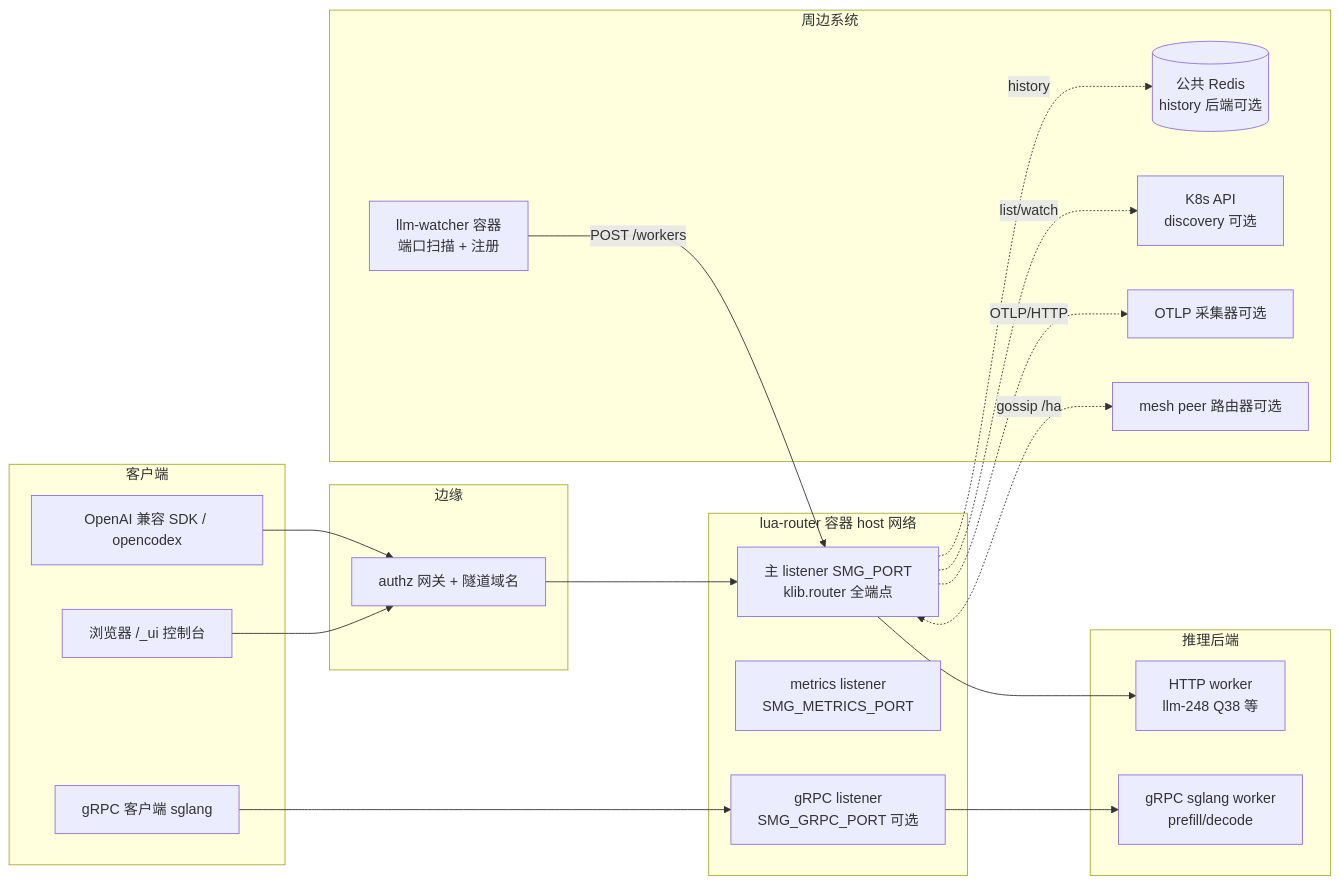
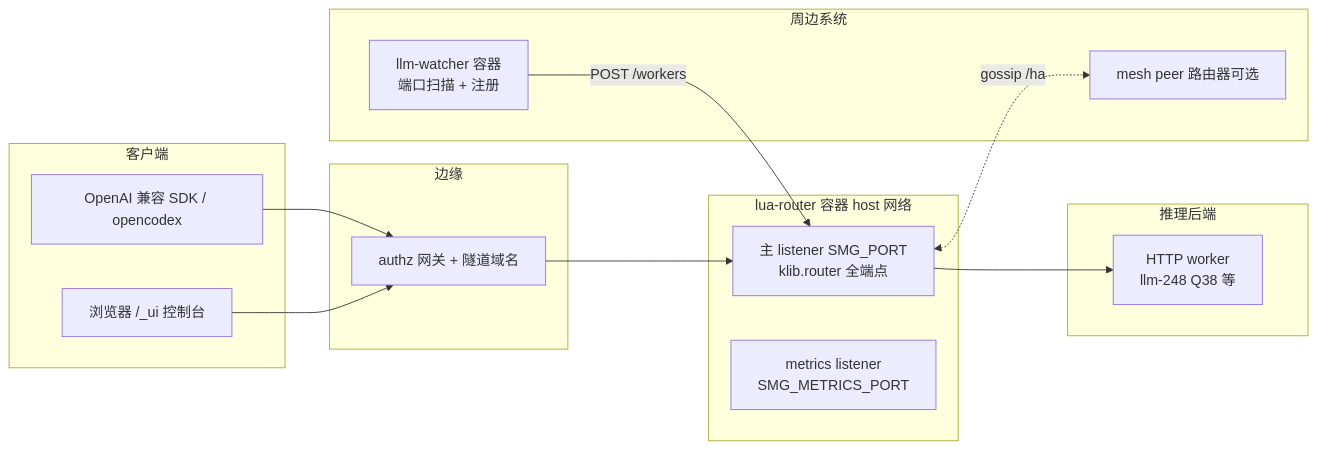
One commit to yorkane/lua-router changed the first of 2 diagrams in doc/architect.md. Above: the diagram before and after it, drawn with Mermaid. The commit also changed other lines of this file and 1 other file, not shown here.

Commit message:
docs: refresh architect.md and scope-trim.md to the post-trim state (15 gates, contract 580)

````diff
--- a/doc/architect.md
+++ b/doc/architect.md
@@ -17,37 +18,26 @@
 ```mermaid
 flowchart LR
   subgraph clients[客户端]
     C1[OpenAI 兼容 SDK / opencodex]
     C2[浏览器 /_ui 控制台]
-    C3[gRPC 客户端 sglang]
   end
   subgraph edge[边缘]
     AZ[authz 网关 + 隧道域名]
   end
   subgraph lr[lua-router 容器 host 网络]
     MAIN[主 listener SMG_PORT<br/>klib.router 全端点]
     MET[metrics listener<br/>SMG_METRICS_PORT]
-    GRPC[gRPC listener<br/>SMG_GRPC_PORT 可选]
   end
   subgraph workers[推理后端]
     W1[HTTP worker<br/>llm-248 Q38 等]
-    W2[gRPC sglang worker<br/>prefill/decode]
   end
   subgraph sidecar[周边系统]
     IW[llm-watcher 容器<br/>端口扫描 + 注册]
-    RD[(公共 Redis<br/>history 后端可选)]
-    K8S[K8s API<br/>discovery 可选]
-    OT[OTLP 采集器可选]
     MP[mesh peer 路由器可选]
   end
   C1 --> AZ --> MAIN
   C2 --> AZ
-  C3 --> GRPC
   MAIN --> W1
-  GRPC --> W2
   IW -- POST /workers --> MAIN
-  MAIN -. history .-> RD
-  MAIN -. list/watch .-> K8S
-  MAIN -. OTLP/HTTP .-> OT
   MAIN <-. gossip /ha .-> MP
 ```
````
